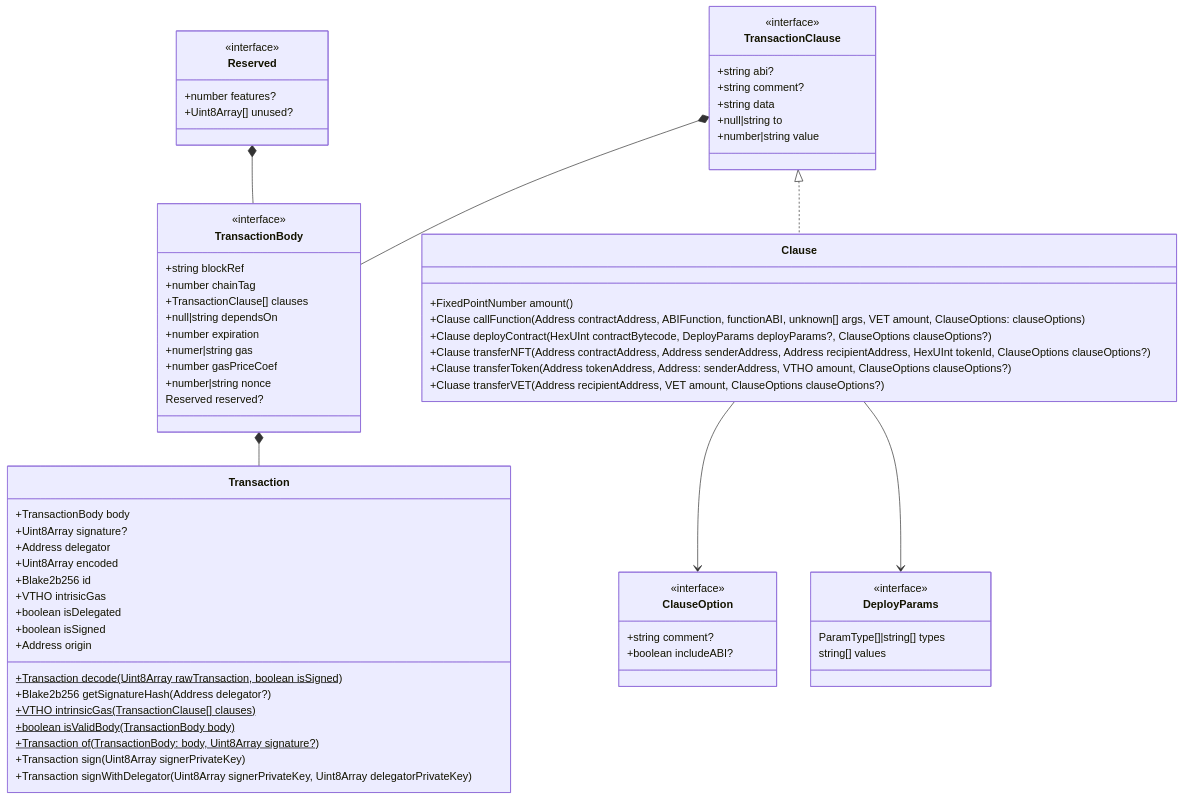
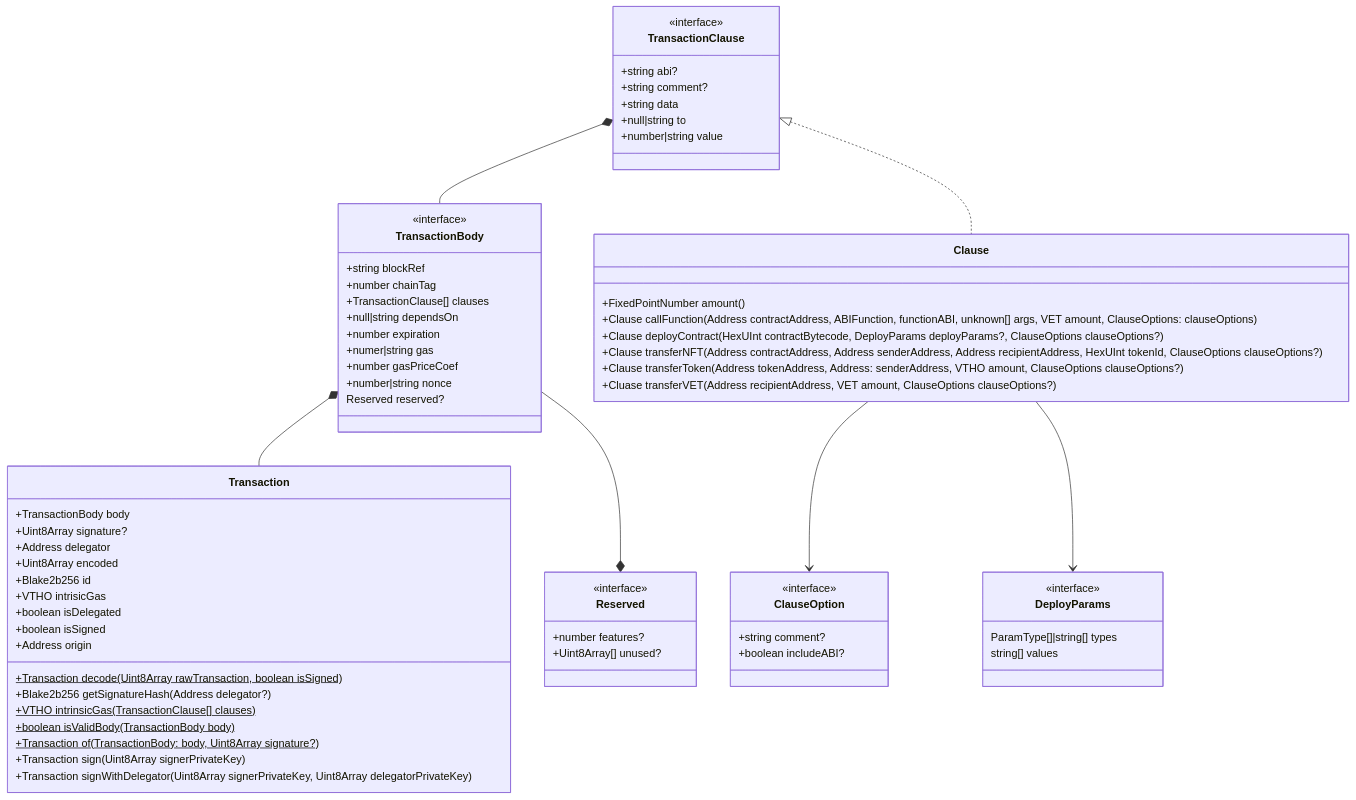
Before and after one commit to vechain/vechain-sdk-js: the diagram in docs/diagrams/architecture/transaction.md, drawn with Mermaid. The commit also changed 1 other file, not shown here.

Commit message:
refactor: 1162 transaction module in action

````diff
--- a/docs/diagrams/architecture/transaction.md
+++ b/docs/diagrams/architecture/transaction.md
@@ -1,70 +1,70 @@
 ```mermaid
 classDiagram
     class Clause {
         +FixedPointNumber amount()
         +Clause callFunction(Address contractAddress, ABIFunction, functionABI, unknown[] args, VET amount, ClauseOptions: clauseOptions)
         +Clause deployContract(HexUInt contractBytecode, DeployParams deployParams?, ClauseOptions clauseOptions?)
         +Clause transferNFT(Address contractAddress, Address senderAddress, Address recipientAddress, HexUInt tokenId, ClauseOptions clauseOptions?)
         +Clause transferToken(Address tokenAddress, Address: senderAddress, VTHO amount, ClauseOptions clauseOptions?)
         +Cluase transferVET(Address recipientAddress, VET amount, ClauseOptions clauseOptions?)
     }
     class ClauseOption{
         <<interface>>
         +string comment?
         +boolean includeABI?
     }
     class DeployParams {
         <<interface>>
         ParamType[]|string[] types
         string[] values
     }
     class Reserved {
         <<interface>>
         +number features?
         +Uint8Array[] unused?
     }
     class Transaction {
         +TransactionBody body
         +Uint8Array signature?
         +Address delegator
         +Uint8Array encoded
         +Blake2b256 id
         +VTHO intrisicGas
         +boolean isDelegated
         +boolean isSigned
         +Address origin
         +Transaction decode(Uint8Array rawTransaction, boolean isSigned)$
         +Blake2b256 getSignatureHash(Address delegator?)
         +VTHO intrinsicGas(TransactionClause[] clauses)$
         +boolean isValidBody(TransactionBody body)$
         +Transaction of(TransactionBody: body, Uint8Array signature?)$
         +Transaction sign(Uint8Array signerPrivateKey)
         +Transaction signWithDelegator(Uint8Array signerPrivateKey, Uint8Array delegatorPrivateKey)
     }
     class TransactionBody {
         <<interface>>
         +string blockRef
         +number chainTag
         +TransactionClause[] clauses
         +null|string dependsOn
         +number expiration
         +numer|string gas
         +number gasPriceCoef
         +number|string nonce
         Reserved reserved?
     }
     class TransactionClause {
         <<interface>>
         +string abi?
         +string comment?
         +string data
         +null|string to
         +number|string value
     }
     Clause --> ClauseOption
     Clause --> DeployParams
     TransactionBody *-- Transaction
+    TransactionBody --* Reserved
     TransactionClause *-- TransactionBody
-    Reserved *-- TransactionBody
     TransactionClause <|.. Clause
 ```
````
